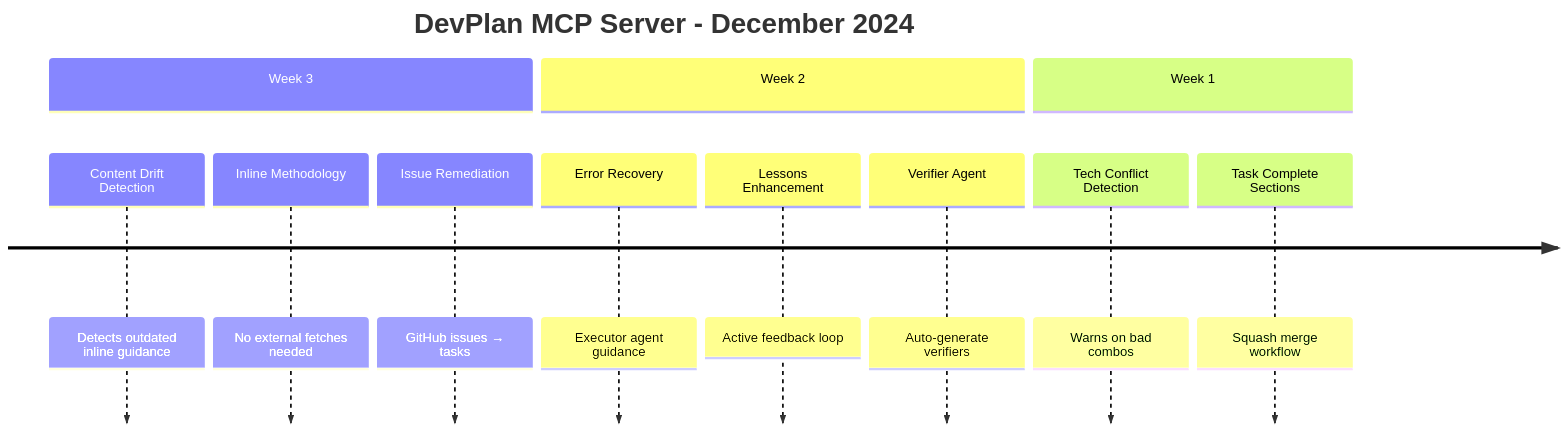
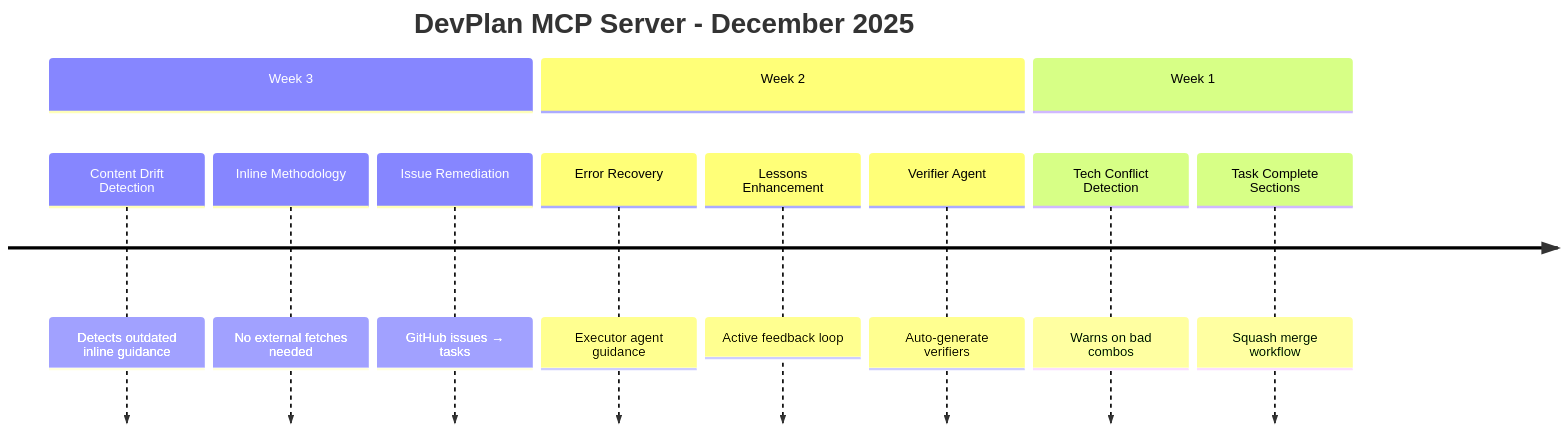
Before and after one commit to mmorris35/devplan-mcp-server: the fifth of 6 diagrams in README.md, drawn with Mermaid.

Commit message:
fix: correct year to 2025 in README timeline
🤖 Generated with [Claude Code](https://claude.com/claude-code)

````diff
--- a/README.md
+++ b/README.md
@@ -245,18 +245,18 @@
 ```mermaid
 timeline
-    title DevPlan MCP Server - December 2024
+    title DevPlan MCP Server - December 2025
 
     section Week 3
         Content Drift Detection : Detects outdated inline guidance
         Inline Methodology : No external fetches needed
         Issue Remediation : GitHub issues → tasks
 
     section Week 2
         Error Recovery : Executor agent guidance
         Lessons Enhancement : Active feedback loop
         Verifier Agent : Auto-generate verifiers
 
     section Week 1
         Tech Conflict Detection : Warns on bad combos
         Task Complete Sections : Squash merge workflow
 ```
````
